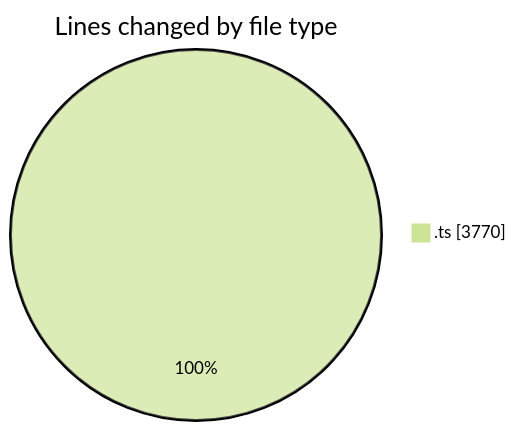
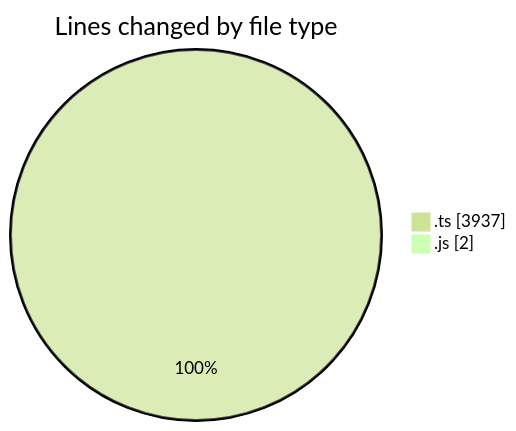
One commit to momahboobian/code-tracking changed the first of 2 diagrams in 2026-09-14/cda/README.md. Above: the diagram before and after it, drawn with Mermaid (forest theme). The commit also changed other lines of this file and 1 other file, not shown here.

````diff
--- a/2026-09-14/cda/README.md
+++ b/2026-09-14/cda/README.md
@@ -30,5 +31,6 @@
 ```mermaid
 pie showData
 title Lines changed by file type
-".ts" : 3770
+".ts" : 3937
+".js" : 2
 ```
````
